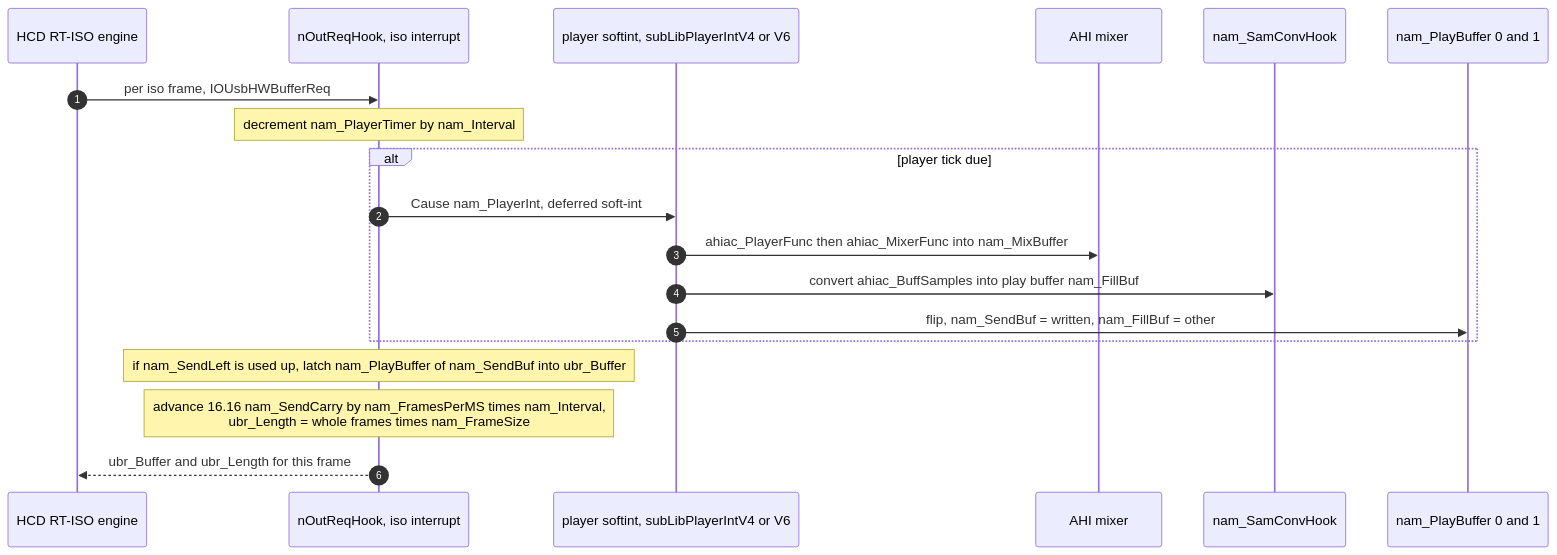
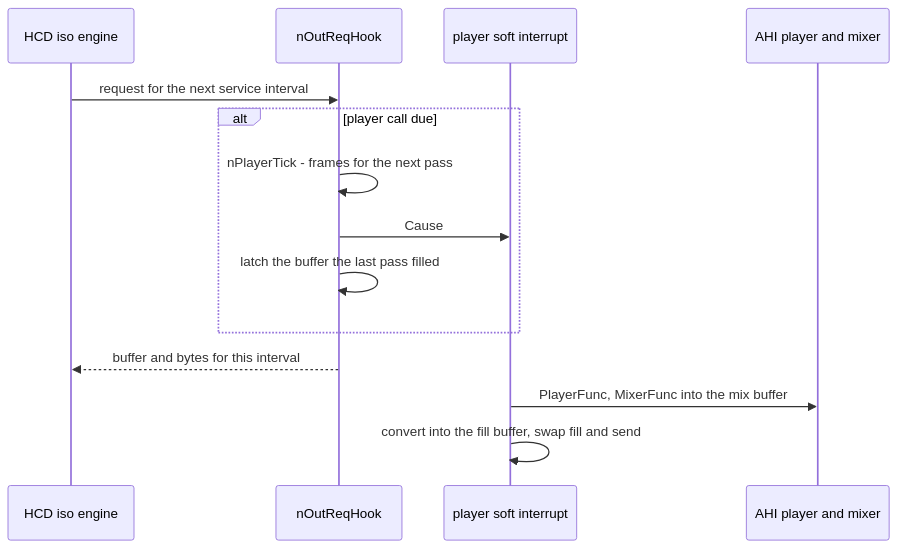
The third of 4 diagrams in docs/usbaudio.class-architecture.md (pcotter72/neptune-usb-stack), drawn with Mermaid before and after one commit. The commit also changed other lines of this file and 18 other files, not shown here.

````diff
--- a/docs/usbaudio.class-architecture.md
+++ b/docs/usbaudio.class-architecture.md
@@ -426,22 +205,17 @@
 ```mermaid
 sequenceDiagram
-    autonumber
-    participant HCD as HCD RT-ISO engine
-    participant OUT as nOutReqHook, iso interrupt
-    participant PI as player softint, subLibPlayerIntV4 or V6
-    participant AHI as AHI mixer
-    participant CONV as nam_SamConvHook
-    participant BUF as nam_PlayBuffer 0 and 1
+    participant HCD as HCD iso engine
+    participant OUT as nOutReqHook
+    participant PI as player soft interrupt
+    participant AHI as AHI player and mixer
 
-    HCD->>OUT: per iso frame, IOUsbHWBufferReq
-    note over OUT: decrement nam_PlayerTimer by nam_Interval
-    alt player tick due
-        OUT->>PI: Cause nam_PlayerInt, deferred soft-int
-        PI->>AHI: ahiac_PlayerFunc then ahiac_MixerFunc into nam_MixBuffer
-        PI->>CONV: convert ahiac_BuffSamples into play buffer nam_FillBuf
-        PI->>BUF: flip, nam_SendBuf = written, nam_FillBuf = other
+    HCD->>OUT: request for the next service interval
+    alt player call due
+        OUT->>OUT: nPlayerTick - frames for the next pass
+        OUT->>PI: Cause
+        OUT->>OUT: latch the buffer the last pass filled
     end
-    note over OUT: if nam_SendLeft is used up, latch nam_PlayBuffer of nam_SendBuf into ubr_Buffer
-    note over OUT: advance 16.16 nam_SendCarry by nam_FramesPerMS times nam_Interval,<br/>ubr_Length = whole frames times nam_FrameSize
-    OUT-->>HCD: ubr_Buffer and ubr_Length for this frame
+    OUT-->>HCD: buffer and bytes for this interval
+    PI->>AHI: PlayerFunc, MixerFunc into the mix buffer
+    PI->>PI: convert into the fill buffer, swap fill and send
 ```
````
